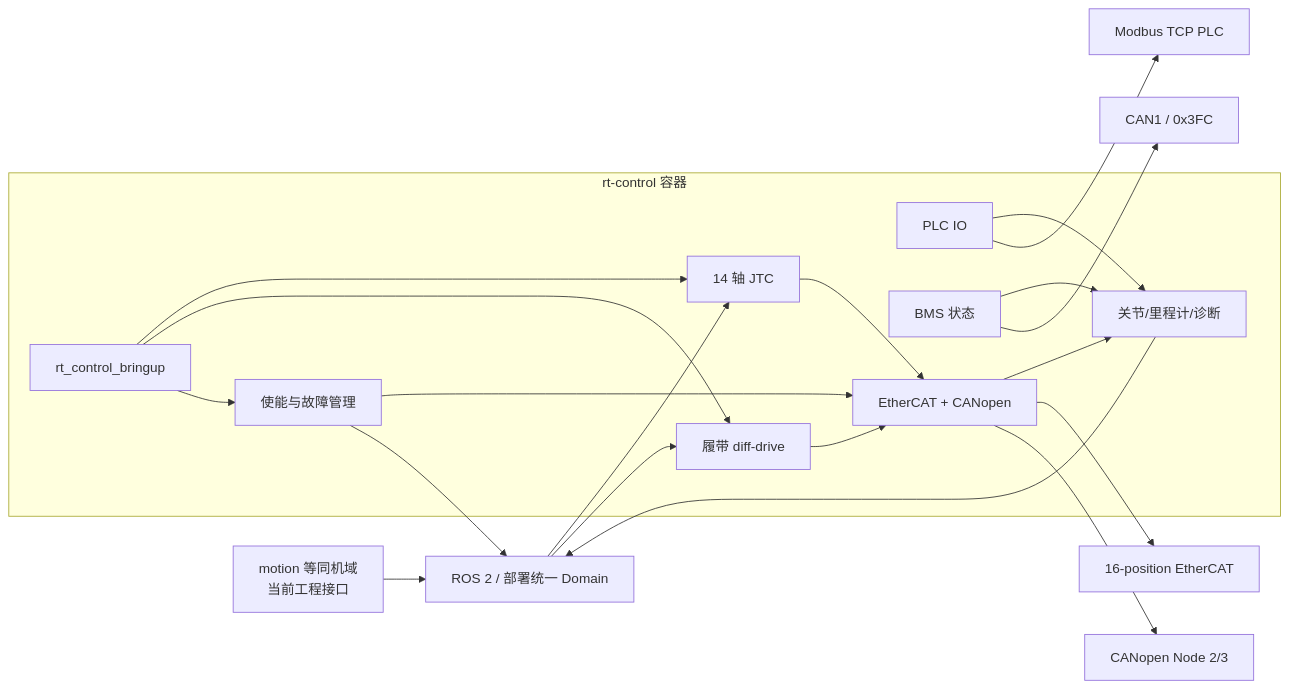
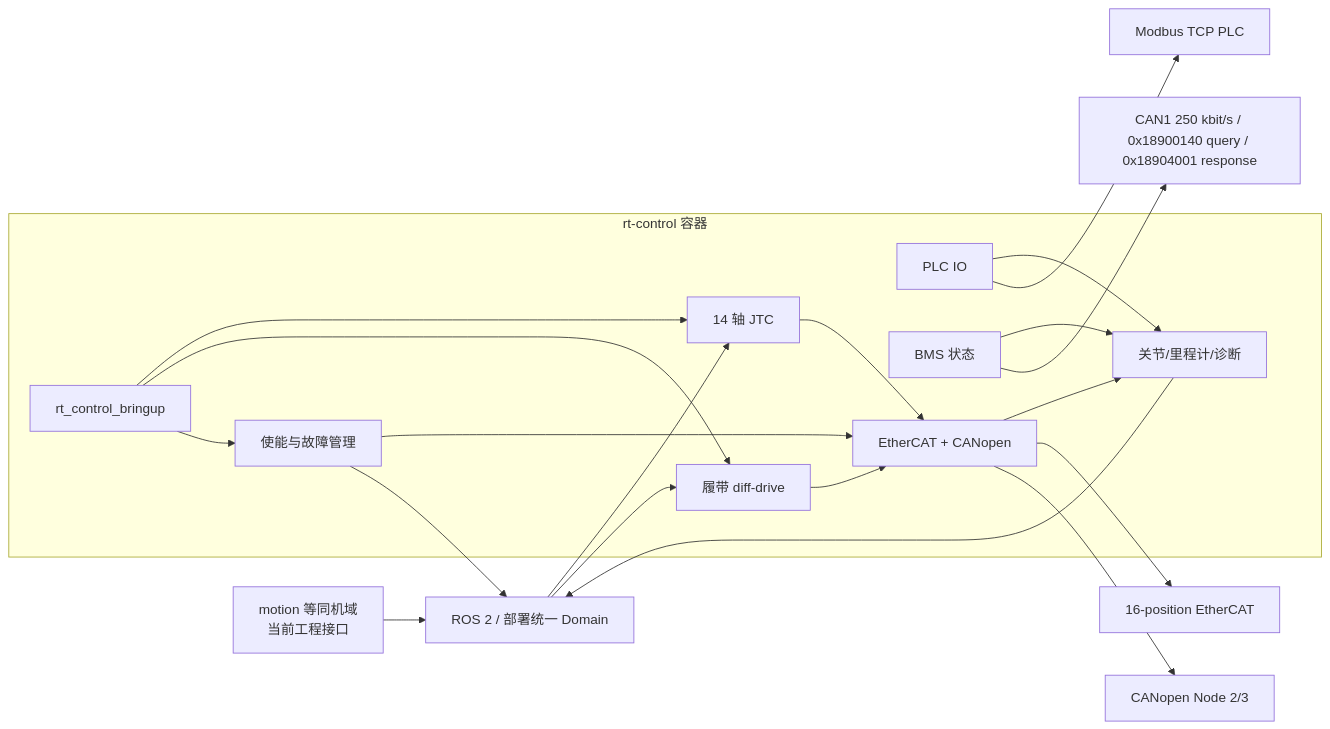
Before and after one commit to SevenovaHangzhou/robot_driver: the diagram in domains/rt_control/docs/docker-deployment-performance-summary.md, drawn with Mermaid. The commit also changed 30 other files, not shown here.

````diff
--- a/domains/rt_control/docs/docker-deployment-performance-summary.md
+++ b/domains/rt_control/docs/docker-deployment-performance-summary.md
@@ -38,33 +38,33 @@
 ```mermaid
 flowchart LR
     M[motion 等同机域<br/>当前工程接口] --> ROS[ROS 2 / 部署统一 Domain]
 
     subgraph C[rt-control 容器]
         B[rt_control_bringup]
         J[14 轴 JTC]
         D[履带 diff-drive]
         E[使能与故障管理]
         P[PLC IO]
         BM[BMS 状态]
         S[关节/里程计/诊断]
         H[EtherCAT + CANopen]
         B --> J
         B --> D
         B --> E
         J --> H
         D --> H
         E --> H
         P --> S
         BM --> S
         H --> S
     end
 
     ROS --> J
     ROS --> D
     E --> ROS
     S --> ROS
     H --> EC[16-position EtherCAT]
     H --> CAN[CANopen Node 2/3]
     P --> PLC[Modbus TCP PLC]
-    BM --> BCAN[CAN1 / 0x3FC]
+    BM --> BCAN[CAN1 250 kbit/s / 0x18900140 query / 0x18904001 response]
 ```
````
